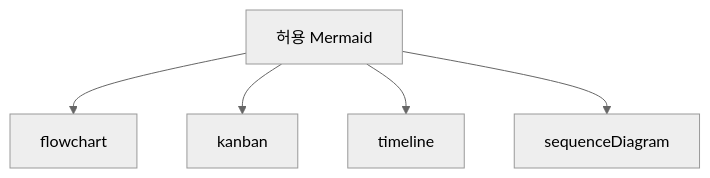
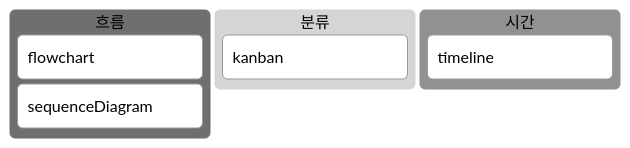
One commit to akiraei/md-2-slide changed the second of 4 diagrams in examples/sample.md. Above: the diagram before and after it, drawn with Mermaid (neutral theme). The commit also changed other lines of this file and 1 other file, not shown here.

````diff
--- a/examples/sample.md
+++ b/examples/sample.md
@@ -46,7 +46,10 @@
 ```mermaid
-flowchart TB
-  A[허용 Mermaid] --> B[flowchart]
-  A --> C[kanban]
-  A --> D[timeline]
-  A --> E[sequenceDiagram]
+kanban
+  flows[흐름]
+    f1[flowchart]
+    f2[sequenceDiagram]
+  groups[분류]
+    g1[kanban]
+  time[시간]
+    t1[timeline]
 ```
````
